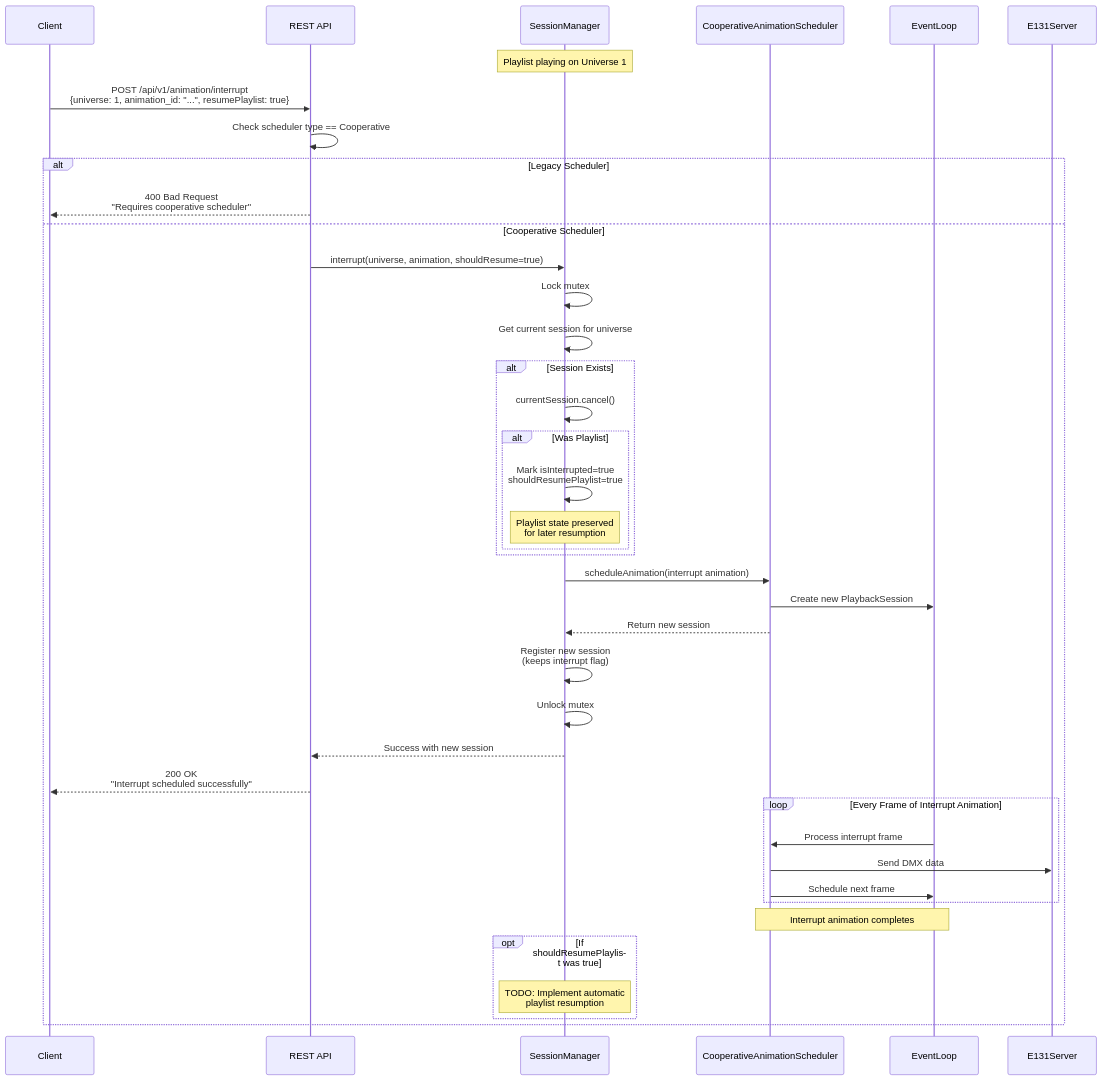
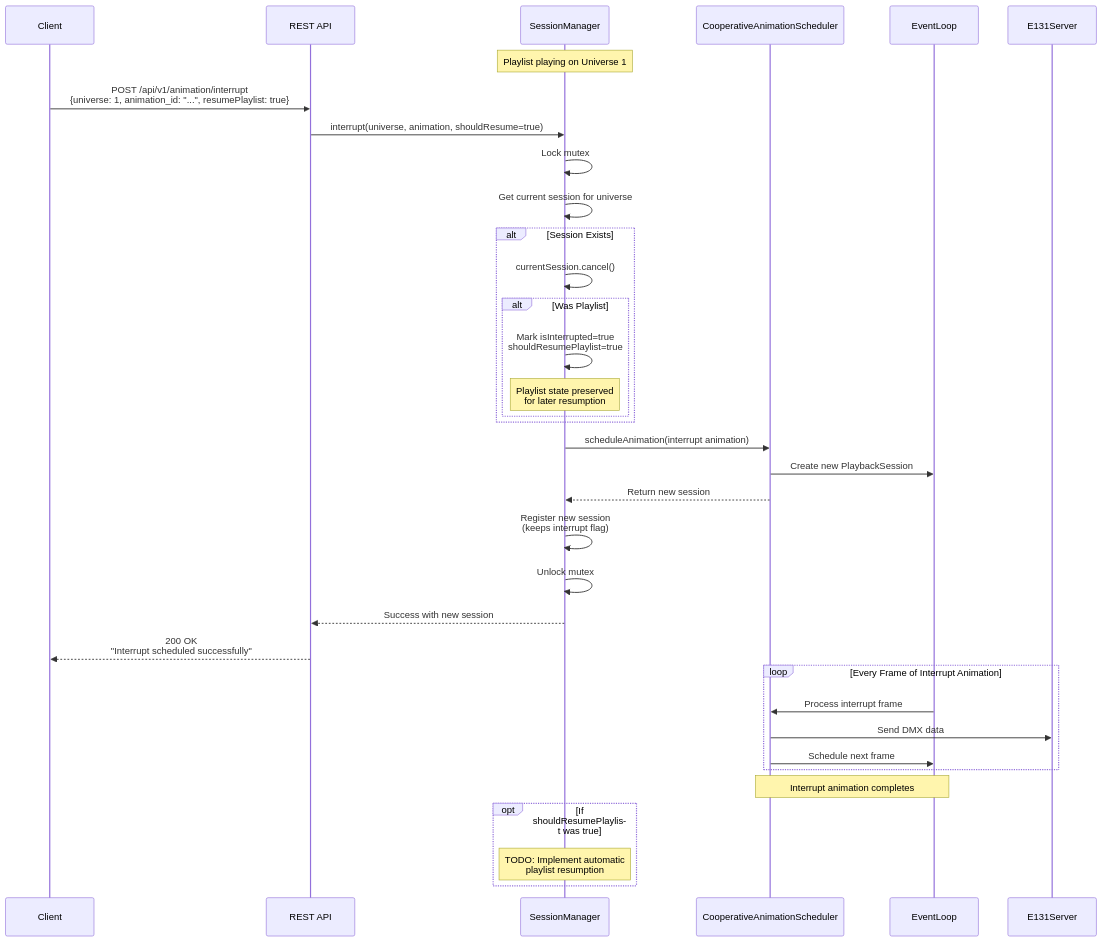
The second of 2 diagrams in docs/cooperative-scheduler.md (opsnlops/creature-server), drawn with Mermaid before and after one commit. The commit also changed other lines of this file and 15 other files, not shown here.

First line of the commit message:
Remove the legacy animation scheduler

````diff
--- a/docs/cooperative-scheduler.md
+++ b/docs/cooperative-scheduler.md
@@ -104,52 +93,46 @@
 ```mermaid
 sequenceDiagram
     participant Client
     participant REST API
     participant SessionMgr as SessionManager
     participant Scheduler as CooperativeAnimationScheduler
     participant EventLoop
     participant E131 as E131Server
 
     Note over SessionMgr: Playlist playing on Universe 1
 
     Client->>REST API: POST /api/v1/animation/interrupt<br/>{universe: 1, animation_id: "...", resumePlaylist: true}
-    REST API->>REST API: Check scheduler type == Cooperative
-
-    alt Legacy Scheduler
-        REST API-->>Client: 400 Bad Request<br/>"Requires cooperative scheduler"
-    else Cooperative Scheduler
-        REST API->>SessionMgr: interrupt(universe, animation, shouldResume=true)
+    REST API->>SessionMgr: interrupt(universe, animation, shouldResume=true)
 
         SessionMgr->>SessionMgr: Lock mutex
         SessionMgr->>SessionMgr: Get current session for universe
 
         alt Session Exists
             SessionMgr->>SessionMgr: currentSession.cancel()
             alt Was Playlist
                 SessionMgr->>SessionMgr: Mark isInterrupted=true<br/>shouldResumePlaylist=true
                 Note over SessionMgr: Playlist state preserved<br/>for later resumption
             end
         end
 
         SessionMgr->>Scheduler: scheduleAnimation(interrupt animation)
         Scheduler->>EventLoop: Create new PlaybackSession
         Scheduler-->>SessionMgr: Return new session
         SessionMgr->>SessionMgr: Register new session<br/>(keeps interrupt flag)
         SessionMgr->>SessionMgr: Unlock mutex
 
         SessionMgr-->>REST API: Success with new session
         REST API-->>Client: 200 OK<br/>"Interrupt scheduled successfully"
 
         loop Every Frame of Interrupt Animation
             EventLoop->>Scheduler: Process interrupt frame
             Scheduler->>E131: Send DMX data
             Scheduler->>EventLoop: Schedule next frame
         end
 
         Note over Scheduler,EventLoop: Interrupt animation completes
 
         opt If shouldResumePlaylist was true
             Note over SessionMgr: TODO: Implement automatic<br/>playlist resumption
         end
-    end
 ```
````
